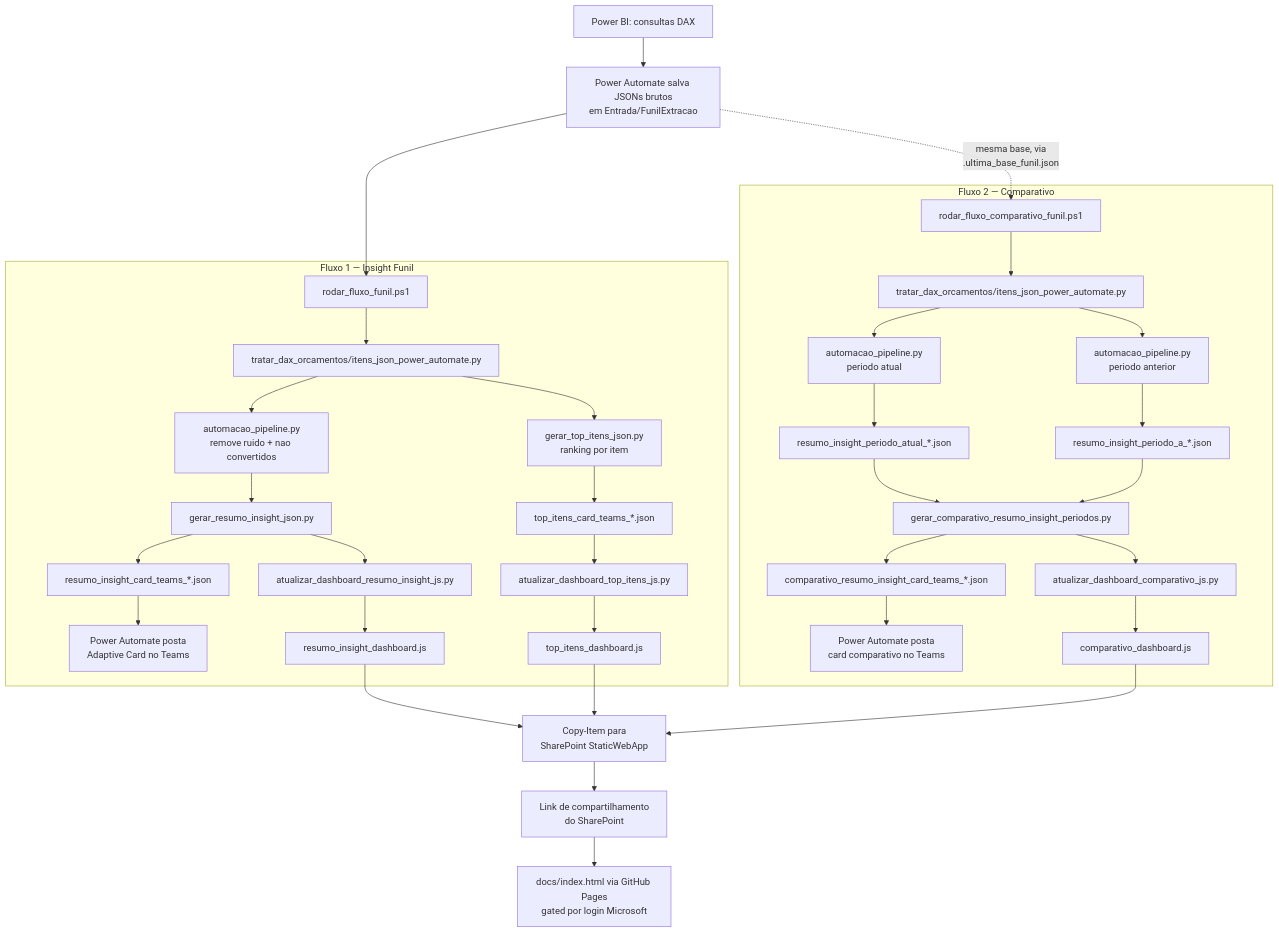
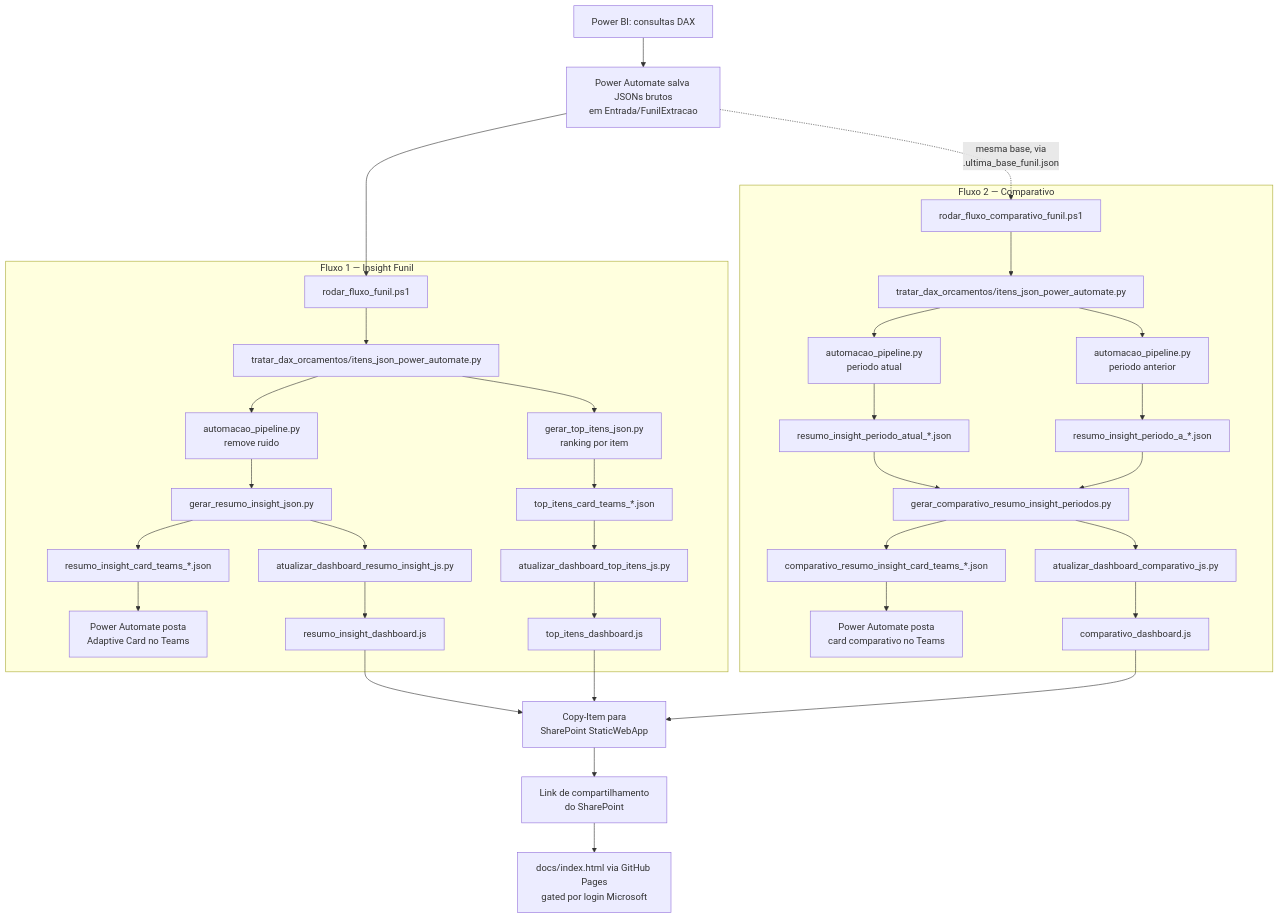
Before and after one commit to dashboard-laborhs/analise_funil: the diagram in README.md, drawn with Mermaid. The commit also changed other lines of this file and 6 other files, not shown here.

````diff
--- a/README.md
+++ b/README.md
@@ -28,42 +28,42 @@
 ```mermaid
 flowchart TD
     DAX["Power BI: consultas DAX"] --> PA["Power Automate salva JSONs brutos<br/>em Entrada/FunilExtracao"]
 
     PA --> F1START["rodar_fluxo_funil.ps1"]
     PA -.->|"mesma base, via<br/>.ultima_base_funil.json"| F2START["rodar_fluxo_comparativo_funil.ps1"]
 
     subgraph FLUXO1["Fluxo 1 — Insight Funil"]
         F1START --> T1["tratar_dax_orcamentos/itens_json_power_automate.py"]
-        T1 --> P1["automacao_pipeline.py<br/>remove ruido + nao convertidos"]
+        T1 --> P1["automacao_pipeline.py<br/>remove ruido"]
         P1 --> I1["gerar_resumo_insight_json.py"]
         I1 --> J1["resumo_insight_card_teams_*.json"]
         J1 --> TEAMS1["Power Automate posta<br/>Adaptive Card no Teams"]
         I1 --> DASH1["atualizar_dashboard_resumo_insight_js.py"]
         DASH1 --> JS1["resumo_insight_dashboard.js"]
 
         T1 --> TI1["gerar_top_itens_json.py<br/>ranking por item"]
         TI1 --> JTI["top_itens_card_teams_*.json"]
         JTI --> DASHTI["atualizar_dashboard_top_itens_js.py"]
         DASHTI --> JSTI["top_itens_dashboard.js"]
     end
 
     subgraph FLUXO2["Fluxo 2 — Comparativo"]
         F2START --> T2["tratar_dax_orcamentos/itens_json_power_automate.py"]
         T2 --> P2A["automacao_pipeline.py<br/>periodo atual"]
         T2 --> P2B["automacao_pipeline.py<br/>periodo anterior"]
         P2A --> I2A["resumo_insight_periodo_atual_*.json"]
         P2B --> I2B["resumo_insight_periodo_a_*.json"]
         I2A --> COMP["gerar_comparativo_resumo_insight_periodos.py"]
         I2B --> COMP
         COMP --> J2["comparativo_resumo_insight_card_teams_*.json"]
         J2 --> TEAMS2["Power Automate posta<br/>card comparativo no Teams"]
         COMP --> DASH2["atualizar_dashboard_comparativo_js.py"]
         DASH2 --> JS2["comparativo_dashboard.js"]
     end
 
     JS1 --> PUB["Copy-Item para<br/>SharePoint StaticWebApp"]
     JS2 --> PUB
     JSTI --> PUB
     PUB --> SHARE["Link de compartilhamento<br/>do SharePoint"]
     SHARE --> PAGES["docs/index.html via GitHub Pages<br/>gated por login Microsoft"]
 ```
````
